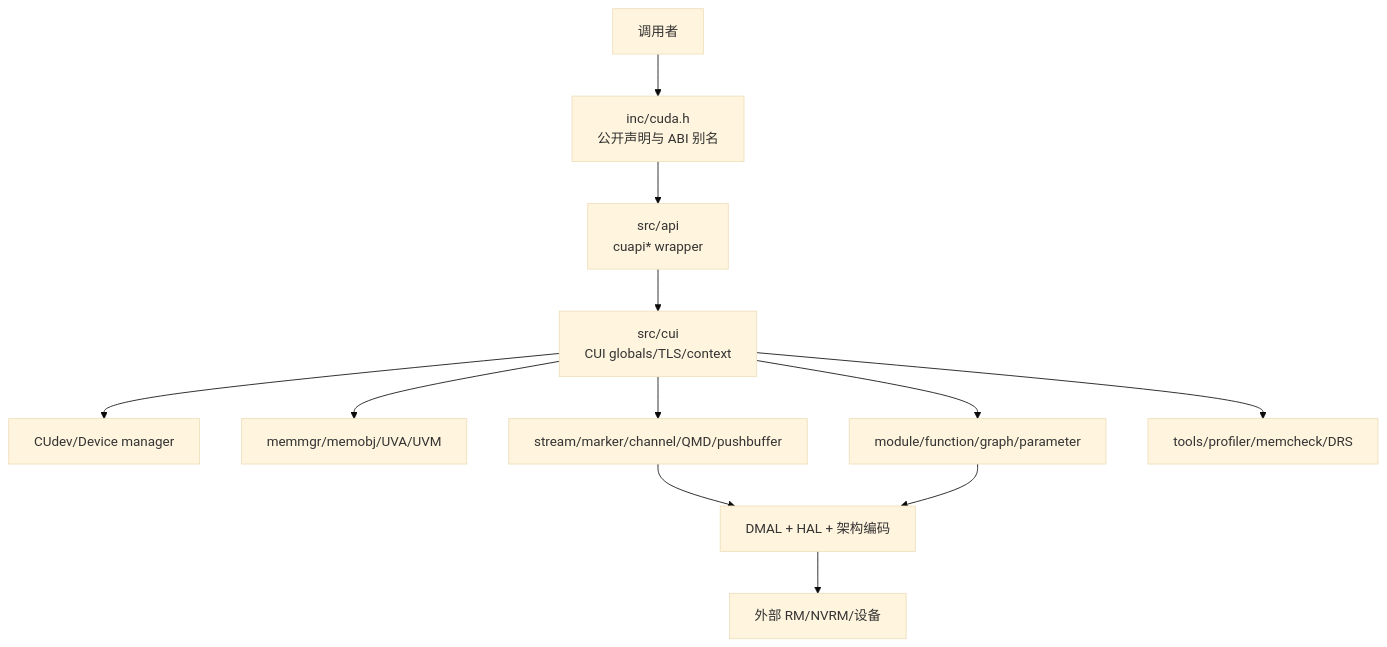
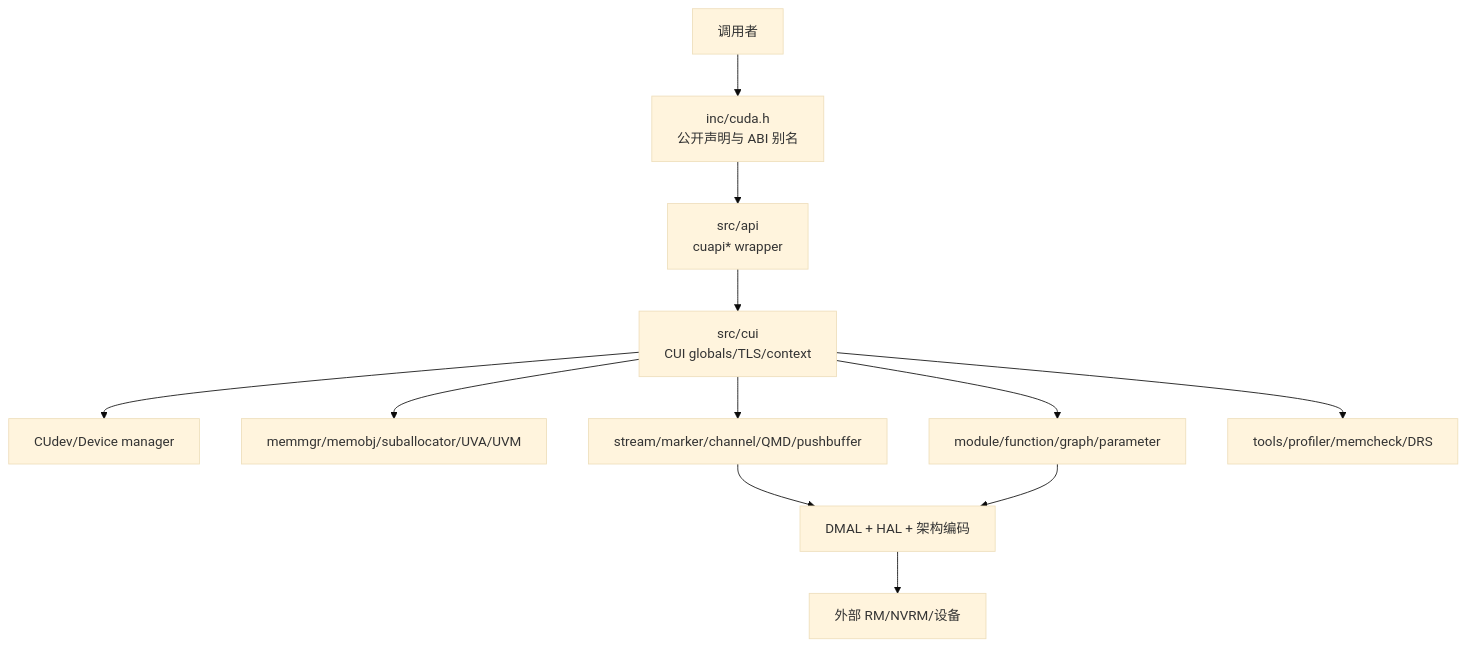
One commit to visionarywind/Projects changed the diagram in cuda/00-overview/architecture.md. Above: the diagram before and after it, drawn with Mermaid (base theme). The commit also changed other lines of this file and 28 other files, not shown here.

````diff
--- a/cuda/00-overview/architecture.md
+++ b/cuda/00-overview/architecture.md
@@ -17,14 +17,14 @@
 ```mermaid
 flowchart TD
   U[调用者] --> H[inc/cuda.h\n公开声明与 ABI 别名]
   H --> A[src/api\ncuapi* wrapper]
   A --> C[src/cui\nCUI globals/TLS/context]
   C --> R1[CUdev/Device manager]
-  C --> R2[memmgr/memobj/UVA/UVM]
+  C --> R2[memmgr/memobj/suballocator/UVA/UVM]
   C --> R3[stream/marker/channel/QMD/pushbuffer]
   C --> R4[module/function/graph/parameter]
   R3 --> P[DMAL + HAL + 架构编码]
   R4 --> P
   P --> X[外部 RM/NVRM/设备]
   C --> D[tools/profiler/memcheck/DRS]
 ```
````
